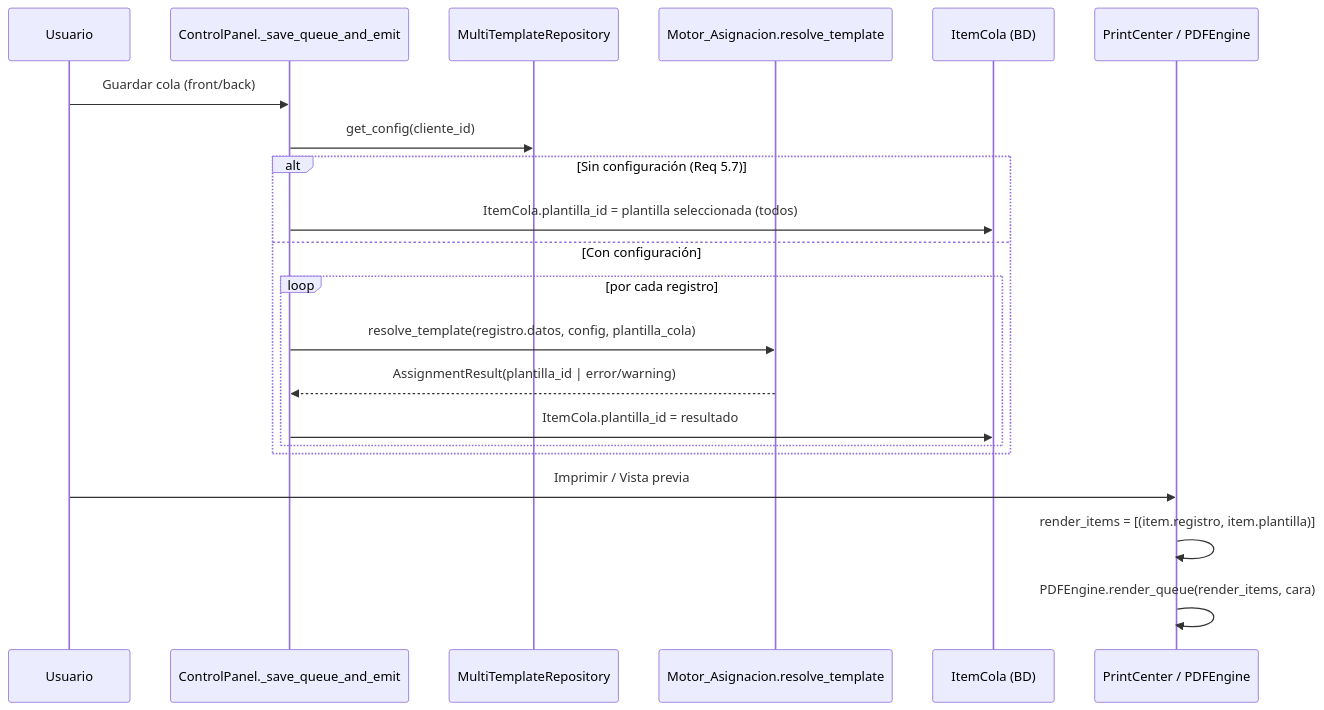
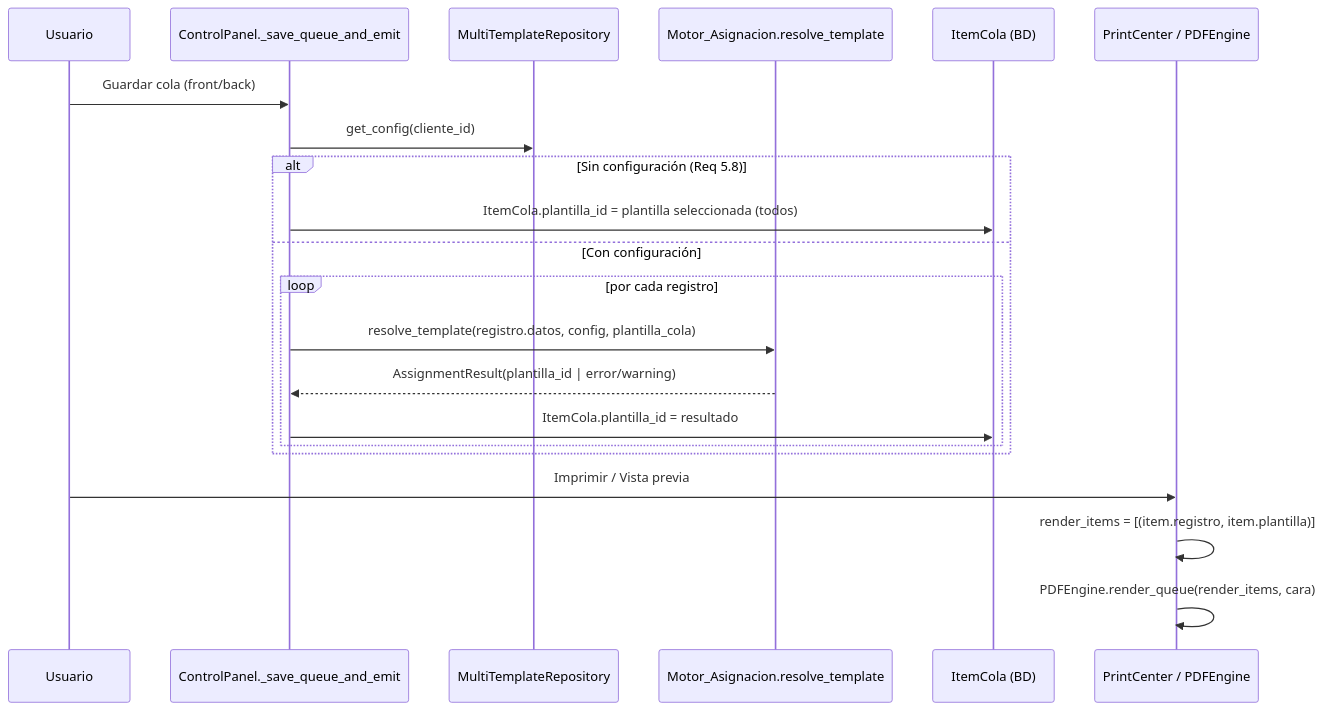
The third of 4 diagrams in .kiro/specs/multiplantillaje-base/design.md (kioriy/sistema_credencializacion), drawn with Mermaid before and after one commit. The commit also changed other lines of this file and 32 other files, not shown here.

````diff
--- a/.kiro/specs/multiplantillaje-base/design.md
+++ b/.kiro/specs/multiplantillaje-base/design.md
@@ -111,24 +116,24 @@
 ```mermaid
 sequenceDiagram
     participant U as Usuario
     participant CP as ControlPanel._save_queue_and_emit
     participant REPO as MultiTemplateRepository
     participant ENG as Motor_Asignacion.resolve_template
     participant DB as ItemCola (BD)
     participant PC as PrintCenter / PDFEngine
 
     U->>CP: Guardar cola (front/back)
     CP->>REPO: get_config(cliente_id)
-    alt Sin configuración (Req 5.7)
+    alt Sin configuración (Req 5.8)
         CP->>DB: ItemCola.plantilla_id = plantilla seleccionada (todos)
     else Con configuración
         loop por cada registro
             CP->>ENG: resolve_template(registro.datos, config, plantilla_cola)
             ENG-->>CP: AssignmentResult(plantilla_id | error/warning)
             CP->>DB: ItemCola.plantilla_id = resultado
         end
     end
     U->>PC: Imprimir / Vista previa
     PC->>PC: render_items = [(item.registro, item.plantilla)]
     PC->>PC: PDFEngine.render_queue(render_items, cara)
 ```
````
